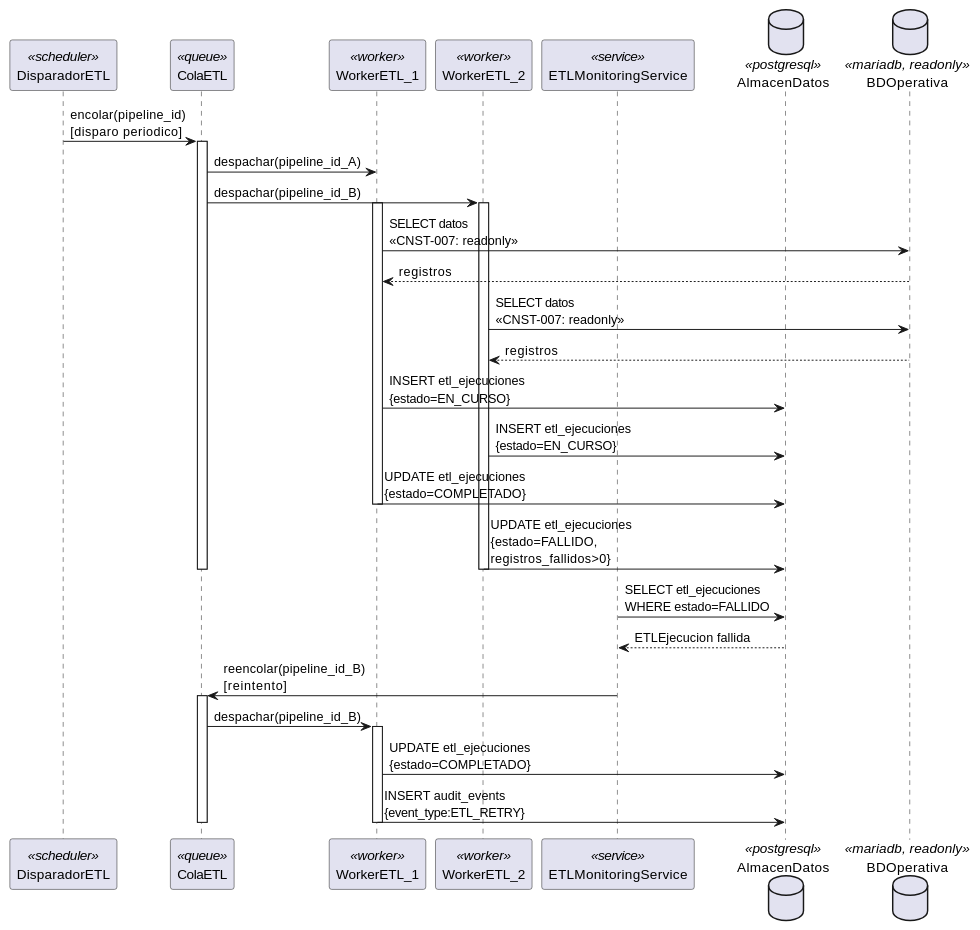
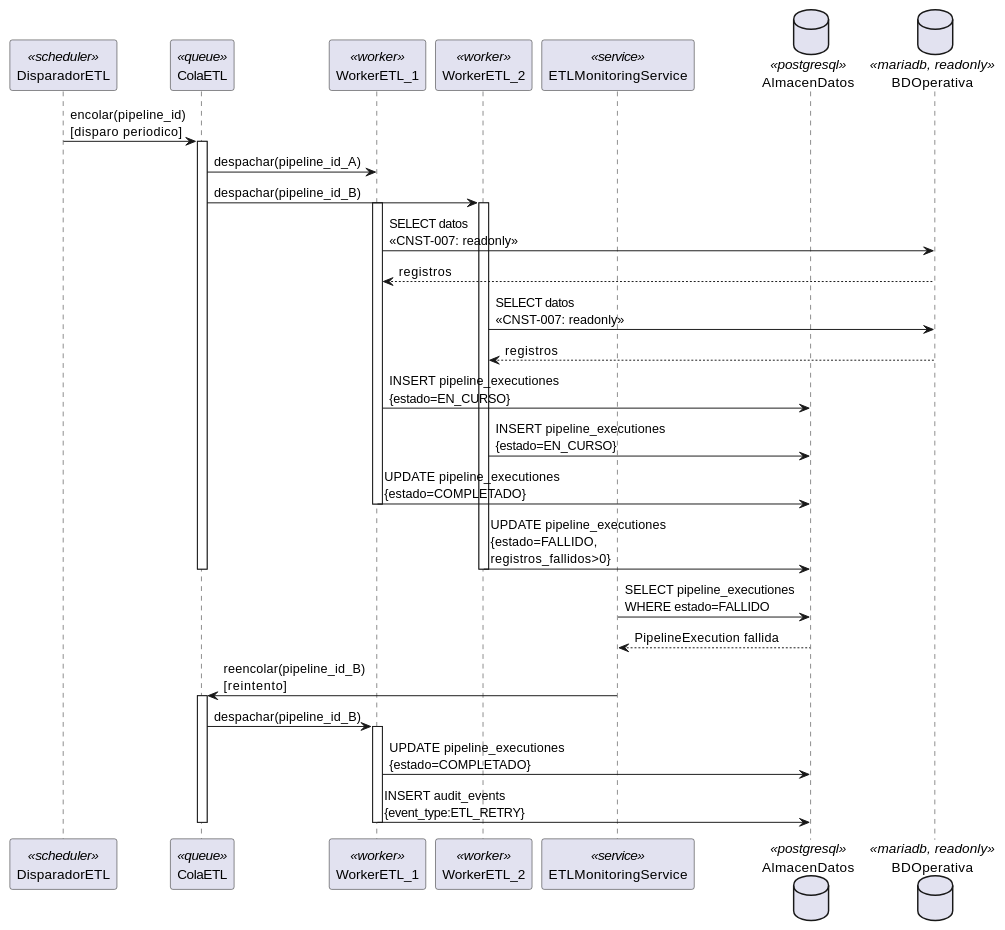
The diagram in source/arquitectura-tecnica/process-view/proc-etl-pipeline.rst (jcg-admin/IACT-docs), drawn with PlantUML before and after one commit. The commit also changed other lines of this file and 96 other files, not shown here.

First line of the commit message:
Apply CNST-033: rename ETL→Pipeline in domain-model + sweep refs

```diff
--- a/source/arquitectura-tecnica/process-view/proc-etl-pipeline.rst
+++ b/source/arquitectura-tecnica/process-view/proc-etl-pipeline.rst
@@ -23,50 +23,50 @@
 .. uml::
  :caption: Process View — concurrencia ETL: dispatcher, cola, workers y retry.
 
  @startuml
 
  participant DisparadorETL <<scheduler>>
  participant ColaETL       <<queue>>
  participant WorkerETL_1   <<worker>>
  participant WorkerETL_2   <<worker>>
  participant ETLMonitoringService <<service>>
  database    AlmacenDatos  <<postgresql>>
  database    BDOperativa   <<mariadb, readonly>>
 
  DisparadorETL -> ColaETL : encolar(pipeline_id)\n[disparo periodico]
  activate ColaETL
 
  ColaETL -> WorkerETL_1 : despachar(pipeline_id_A)
  ColaETL -> WorkerETL_2 : despachar(pipeline_id_B)
  activate WorkerETL_1
  activate WorkerETL_2
 
  WorkerETL_1 -> BDOperativa : SELECT datos\n<<CNST-007: readonly>>
  BDOperativa --> WorkerETL_1 : registros
 
  WorkerETL_2 -> BDOperativa : SELECT datos\n<<CNST-007: readonly>>
  BDOperativa --> WorkerETL_2 : registros
 
- WorkerETL_1 -> AlmacenDatos : INSERT etl_ejecuciones\n{estado=EN_CURSO}
- WorkerETL_2 -> AlmacenDatos : INSERT etl_ejecuciones\n{estado=EN_CURSO}
+ WorkerETL_1 -> AlmacenDatos : INSERT pipeline_executiones\n{estado=EN_CURSO}
+ WorkerETL_2 -> AlmacenDatos : INSERT pipeline_executiones\n{estado=EN_CURSO}
 
- WorkerETL_1 -> AlmacenDatos : UPDATE etl_ejecuciones\n{estado=COMPLETADO}
+ WorkerETL_1 -> AlmacenDatos : UPDATE pipeline_executiones\n{estado=COMPLETADO}
  deactivate WorkerETL_1
 
- WorkerETL_2 -> AlmacenDatos : UPDATE etl_ejecuciones\n{estado=FALLIDO,\nregistros_fallidos>0}
+ WorkerETL_2 -> AlmacenDatos : UPDATE pipeline_executiones\n{estado=FALLIDO,\nregistros_fallidos>0}
  deactivate WorkerETL_2
  deactivate ColaETL
 
- ETLMonitoringService -> AlmacenDatos : SELECT etl_ejecuciones\nWHERE estado=FALLIDO
- AlmacenDatos --> ETLMonitoringService : ETLEjecucion fallida
+ ETLMonitoringService -> AlmacenDatos : SELECT pipeline_executiones\nWHERE estado=FALLIDO
+ AlmacenDatos --> ETLMonitoringService : PipelineExecution fallida
 
  ETLMonitoringService -> ColaETL : reencolar(pipeline_id_B)\n[reintento]
  activate ColaETL
  ColaETL -> WorkerETL_1 : despachar(pipeline_id_B)
  activate WorkerETL_1
- WorkerETL_1 -> AlmacenDatos : UPDATE etl_ejecuciones\n{estado=COMPLETADO}
+ WorkerETL_1 -> AlmacenDatos : UPDATE pipeline_executiones\n{estado=COMPLETADO}
  WorkerETL_1 -> AlmacenDatos : INSERT audit_events\n{event_type:ETL_RETRY}
  deactivate WorkerETL_1
  deactivate ColaETL
 
  @enduml
```
